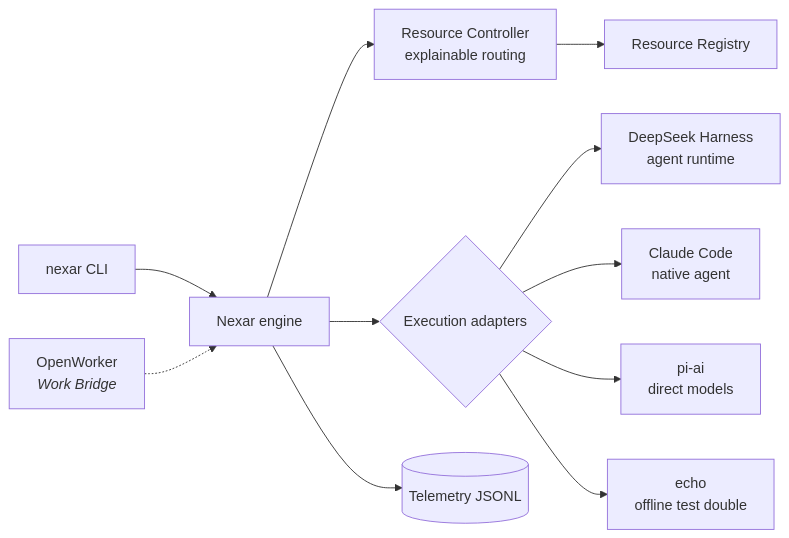
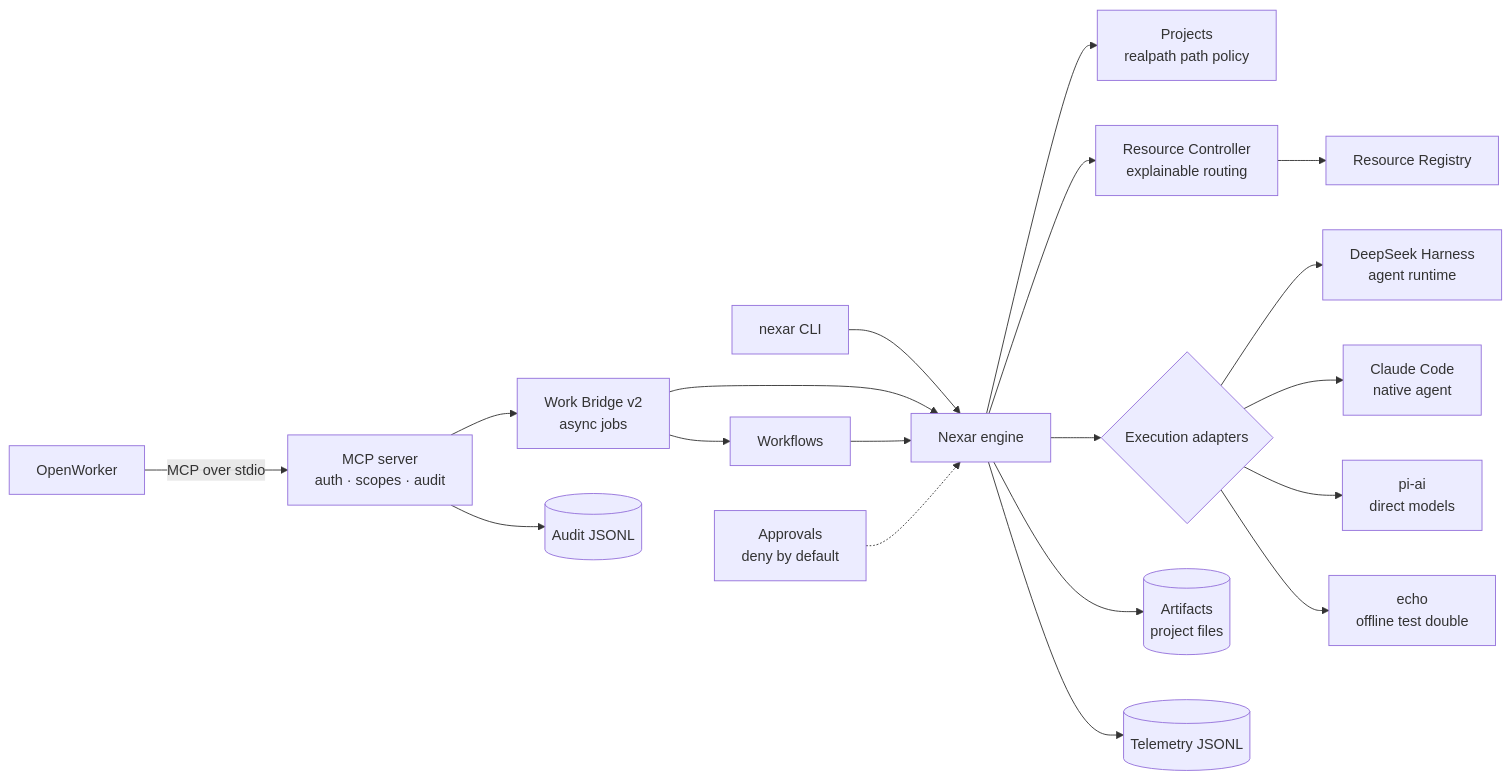
Before and after one commit to mohmedhat797/Nexar-Ai: the diagram in README.md, drawn with Mermaid. The commit also changed other lines of this file and 10 other files, not shown here.

````diff
--- a/README.md
+++ b/README.md
@@ -31,13 +33,21 @@
 ```mermaid
 flowchart LR
   CLI[nexar CLI] --> ENG[Nexar engine]
-  OW[OpenWorker<br/><i>Work Bridge</i>] -.-> ENG
+  OW[OpenWorker] -- "MCP over stdio" --> MCP[MCP server<br/>auth · scopes · audit]
+  MCP --> WB[Work Bridge v2<br/>async jobs]
+  WB --> WF[Workflows]
+  WB --> ENG
+  WF --> ENG
+  ENG --> PRJ[Projects<br/>realpath path policy]
   ENG --> NRC[Resource Controller<br/>explainable routing]
   NRC --> REG[Resource Registry]
   ENG --> AD{Execution adapters}
   AD --> DSH[DeepSeek Harness<br/>agent runtime]
   AD --> CC[Claude Code<br/>native agent]
   AD --> PI[pi-ai<br/>direct models]
   AD --> ECHO[echo<br/>offline test double]
+  ENG --> ART[(Artifacts<br/>project files)]
   ENG --> TEL[(Telemetry JSONL)]
+  MCP --> AUD[(Audit JSONL)]
+  APR[Approvals<br/>deny by default] -.-> ENG
 ```
````
